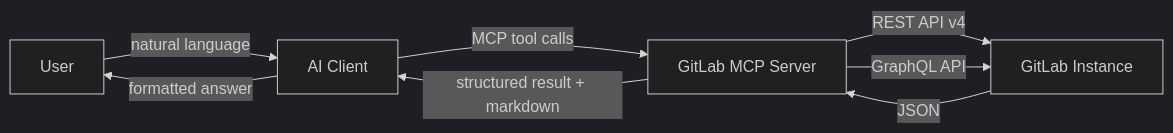
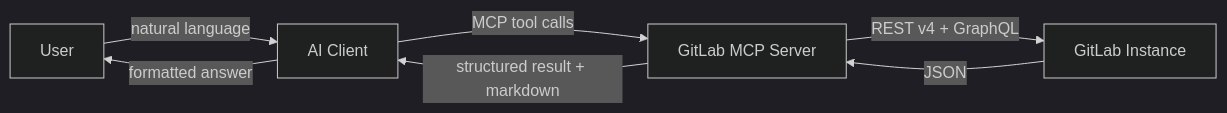
The first of 4 diagrams in site/src/content/docs/architecture.mdx (jmrplens/gitlab-mcp-server), drawn with Mermaid (dark theme) before and after one commit. The commit also changed 135 other files, not shown here.

````diff
--- a/site/src/content/docs/architecture.mdx
+++ b/site/src/content/docs/architecture.mdx
@@ -14,10 +14,9 @@
 ```mermaid
 graph LR
     U[User] -->|natural language| AI[AI Client]
     AI -->|MCP tool calls| S[GitLab MCP Server]
-    S -->|REST API v4| G[GitLab Instance]
-    S -->|GraphQL API| G
+    S -->|REST v4 + GraphQL| G[GitLab Instance]
     G -->|JSON| S
     S -->|structured result + markdown| AI
     AI -->|formatted answer| U
 ```
````
